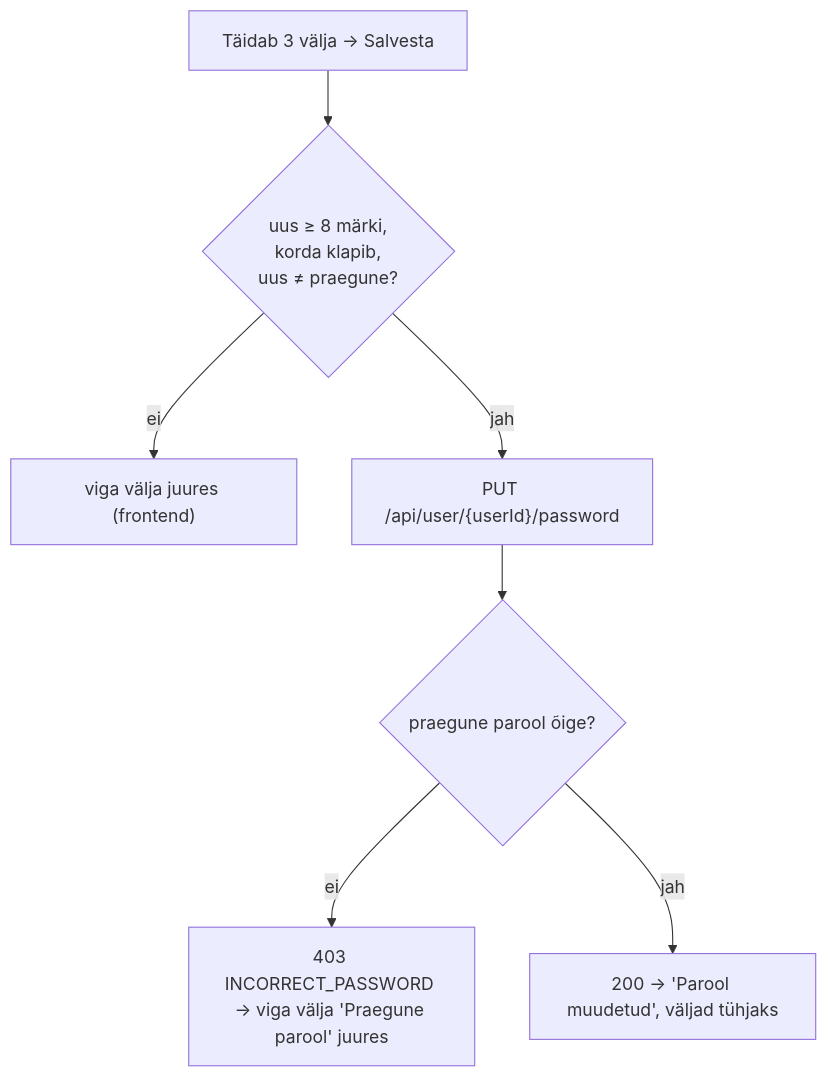
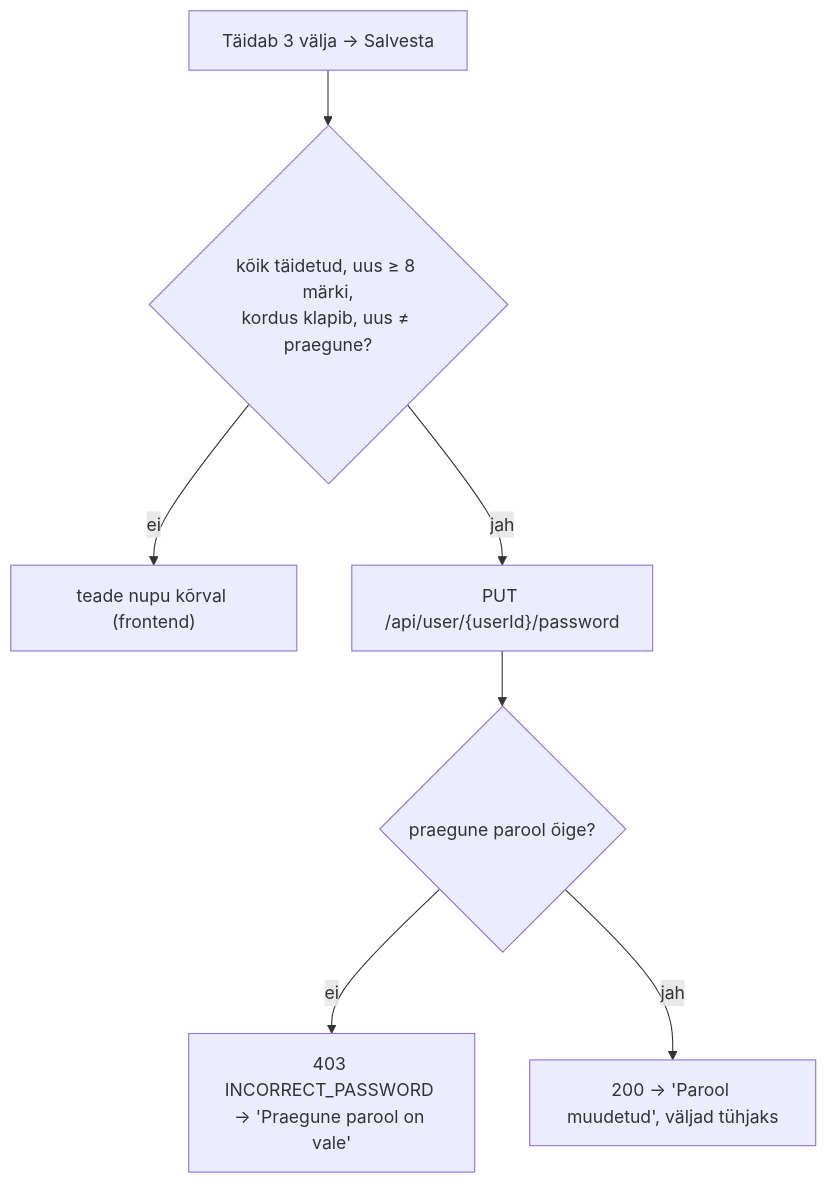
One commit to FredLehing/bcs-koolitused changed the fifth of 5 diagrams in docs/mock-wireframe/loo-mock-vaade/profile-view/profile-view-skeemid.md. Above: the diagram before and after it, drawn with Mermaid. The commit also changed other lines of this file and 30 other files, not shown here.

````diff
--- a/docs/mock-wireframe/loo-mock-vaade/profile-view/profile-view-skeemid.md
+++ b/docs/mock-wireframe/loo-mock-vaade/profile-view/profile-view-skeemid.md
@@ -166,9 +169,9 @@
 ```mermaid
 flowchart TD
-    A["Täidab 3 välja → Salvesta"] --> B{"uus ≥ 8 märki,<br/>korda klapib,<br/>uus ≠ praegune?"}
-    B -- ei --> E1["viga välja juures (frontend)"]
+    A["Täidab 3 välja → Salvesta"] --> B{"kõik täidetud, uus ≥ 8 märki,<br/>kordus klapib, uus ≠ praegune?"}
+    B -- ei --> E1["teade nupu kõrval (frontend)"]
     B -- jah --> C["PUT /api/user/{userId}/password"]
     C --> D{"praegune parool õige?"}
-    D -- ei --> E2["403 INCORRECT_PASSWORD → viga välja 'Praegune parool' juures"]
+    D -- ei --> E2["403 INCORRECT_PASSWORD → 'Praegune parool on vale'"]
     D -- jah --> OK["200 → 'Parool muudetud', väljad tühjaks"]
 ```
````
